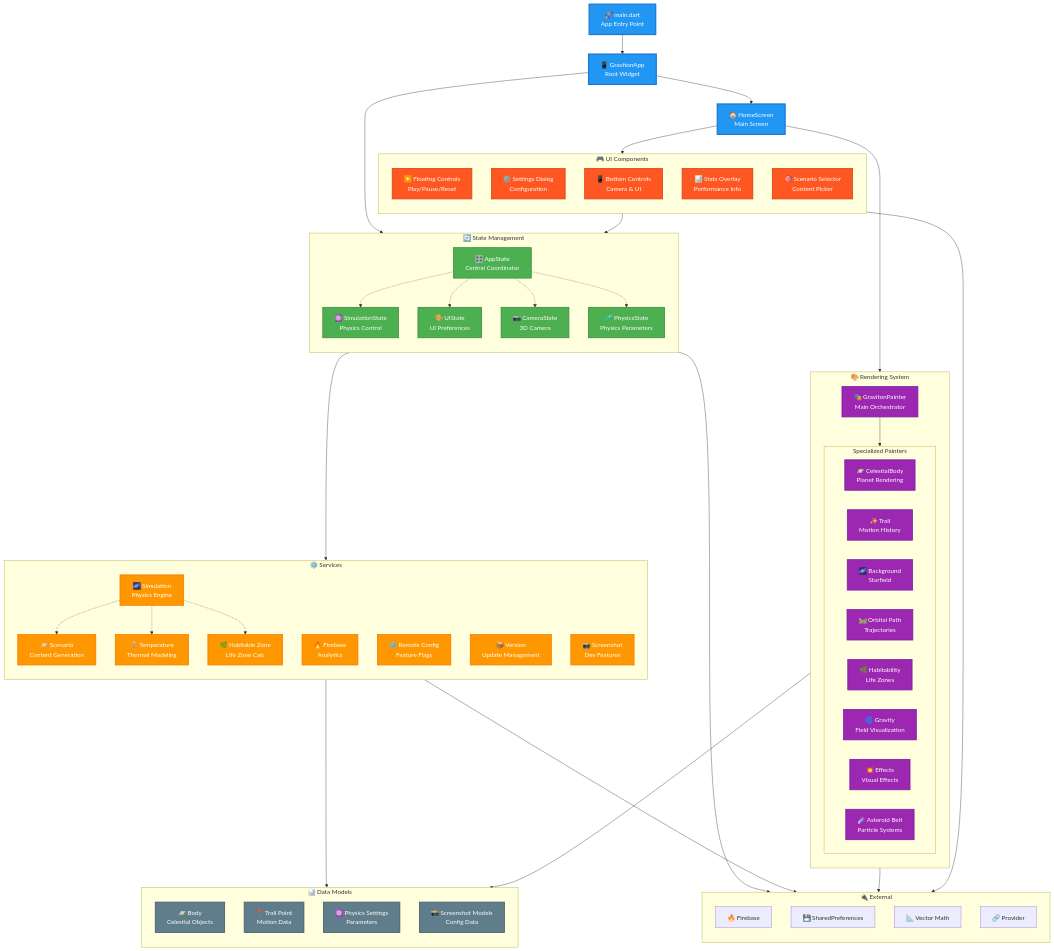
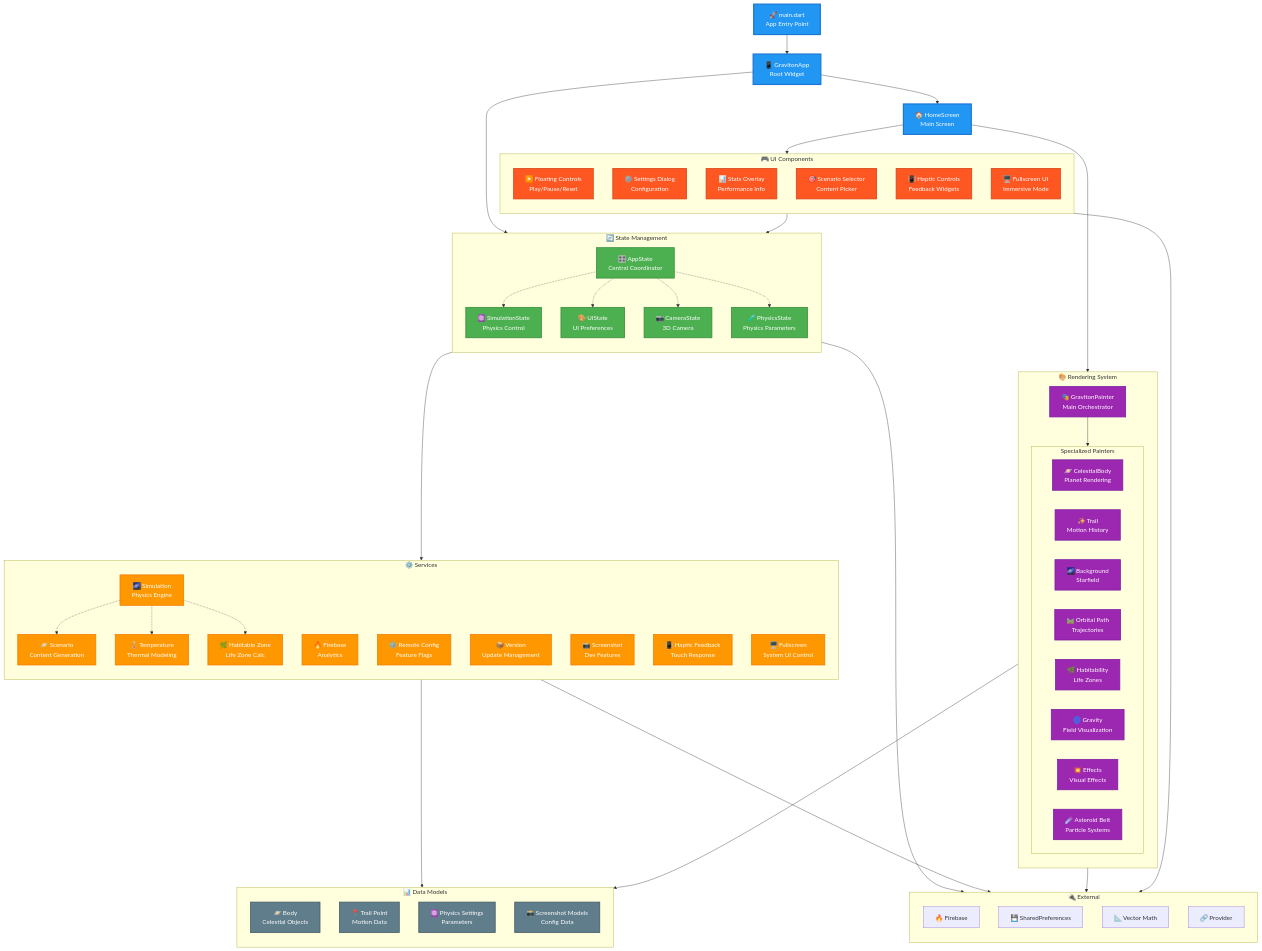
One commit to Chipper-Technologies/graviton changed the diagram in docs/ARCHITECTURE.md. Above: the diagram before and after it, drawn with Mermaid. The commit also changed other lines of this file and 1 other file, not shown here.

````diff
--- a/docs/ARCHITECTURE.md
+++ b/docs/ARCHITECTURE.md
@@ -59,6 +59,8 @@
         ConfigSvc["⚙️ Remote Config<br/>Feature Flags"]
         VersionSvc["📦 Version<br/>Update Management"]
         ScreenshotSvc["📸 Screenshot<br/>Dev Features"]
+        HapticSvc["📳 Haptic Feedback<br/>Touch Response"]
+        FullscreenSvc["🖥️ Fullscreen<br/>System UI Control"]
     end
 
     %% Rendering
@@ -83,9 +85,10 @@
         direction TB
         FloatingControls["▶️ Floating Controls<br/>Play/Pause/Reset"]
         SettingsDialog["⚙️ Settings Dialog<br/>Configuration"]
-        BottomControls["📱 Bottom Controls<br/>Camera & UI"]
         StatsOverlay["📊 Stats Overlay<br/>Performance Info"]
         ScenarioSelector["🎯 Scenario Selector<br/>Content Picker"]
+        HapticControls["📳 Haptic Controls<br/>Feedback Widgets"]
+        FullscreenUI["🖥️ Fullscreen UI<br/>Immersive Mode"]
     end
 
     %% Models
@@ -156,8 +159,8 @@
     
     class Main,GravitonApp,HomeScreen primaryNode
     class AppState,SimulationState,UIState,CameraState,PhysicsState stateNode
-    class SimulationSvc,ScenarioSvc,TempSvc,HabSvc,FirebaseSvc,ConfigSvc,VersionSvc,ScreenshotSvc serviceNode
+    class SimulationSvc,ScenarioSvc,TempSvc,HabSvc,FirebaseSvc,ConfigSvc,VersionSvc,ScreenshotSvc,HapticSvc,FullscreenSvc serviceNode
     class MainPainter,BodyPainter,TrailPainter,BgPainter,PathPainter,HabPainter,GravPainter,FxPainter,AsteroidPainter renderNode
-    class FloatingControls,SettingsDialog,BottomControls,StatsOverlay,ScenarioSelector uiNode
+    class FloatingControls,SettingsDialog,StatsOverlay,ScenarioSelector,HapticControls,FullscreenUI uiNode
     class Body,TrailPoint,PhysicsSettings,ScreenshotModels modelNode
 ```
````
